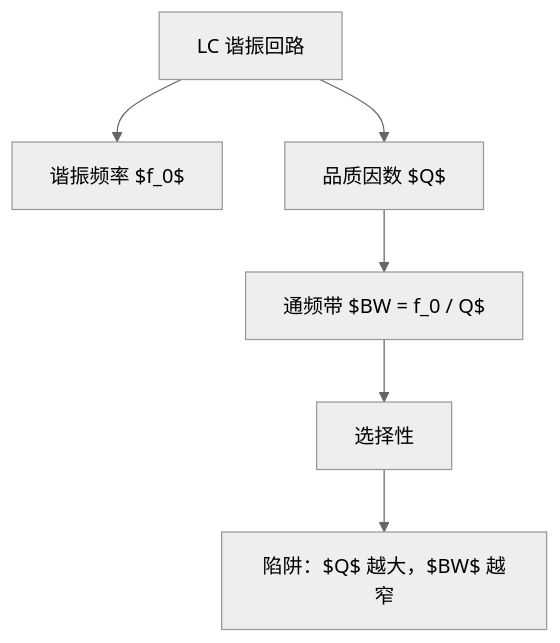
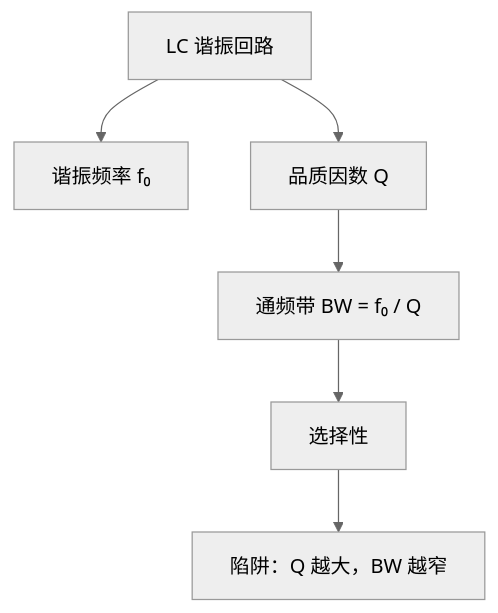
One commit to meyumei/study-weaver changed the second of 3 diagrams in README.md. Above: the diagram before and after it, drawn with Mermaid (neutral theme). The commit also changed other lines of this file, not shown here.

Commit message:
fix: platform-specific install instructions and remove LaTeX from Mermaid for GitHub compatibility

````diff
--- a/README.md
+++ b/README.md
@@ -253,8 +262,8 @@
 ```mermaid
 flowchart TD
-    LC["LC 谐振回路"] --> f0["谐振频率 $f_0$"]
-    LC --> Q["品质因数 $Q$"]
-    Q --> BW["通频带 $BW = f_0 / Q$"]
+    LC["LC 谐振回路"] --> f0["谐振频率 f₀"]
+    LC --> Q["品质因数 Q"]
+    Q --> BW["通频带 BW = f₀ / Q"]
     BW --> Select["选择性"]
-    Select --> Trap["陷阱：$Q$ 越大，$BW$ 越窄"]
+    Select --> Trap["陷阱：Q 越大，BW 越窄"]
 ```
````
